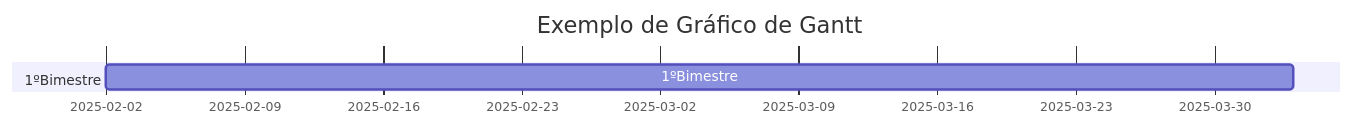
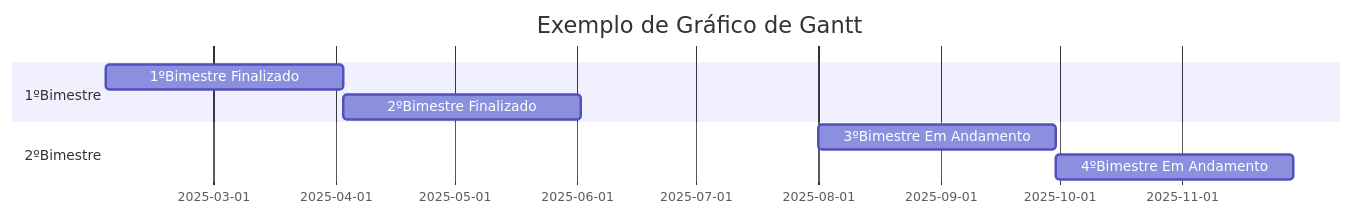
Before and after one commit to AnandaMazine/Grafico-Gantt: the third of 3 diagrams in README.md, drawn with Mermaid.

````diff
--- a/README.md
+++ b/README.md
@@ -18,8 +18,11 @@
 ```mermaid
 gantt
 title Exemplo de Gráfico de Gantt
 dateFormat YYYY-MM-DD
 section 1ºBimestre
-1ºBimestre :a1, 2025-02-02, 60d
+1ºBimestre Finalizado:a1, 2025-02-02, 60d
+2ºBimestre Finalizado:a2, after a1, 60d
 section 2ºBimestre
+3ºBimestre Em Andamento: a3, 2025-08-01, 60d
+4ºBimestre Em Andamento: a4, after a3, 60d
 ```
````
